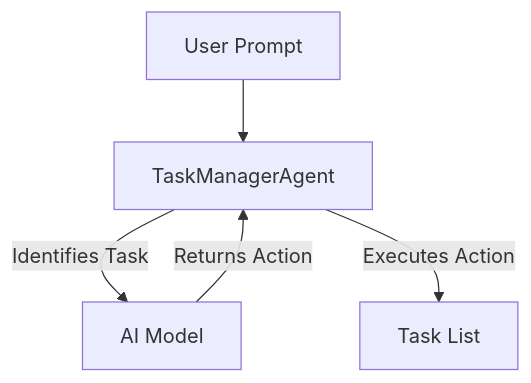
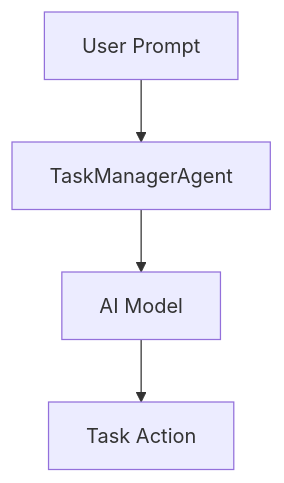
The second of 3 diagrams in apps/agent-task-manager/README.md (reeawnc/cloudflare), drawn with Mermaid before and after one commit. The commit also changed other lines of this file and 18 other files, not shown here.

````diff
--- a/apps/agent-task-manager/README.md
+++ b/apps/agent-task-manager/README.md
@@ -125,7 +98,6 @@
 ```mermaid
 graph TD;
     A[User Prompt] --> B[TaskManagerAgent];
-    B -->|Identifies Task| C[AI Model];
-    C -->|Returns Action| B;
-    B -->|Executes Action| D[Task List];
+    B --> C[AI Model];
+    C --> D[Task Action];
 ```
````
